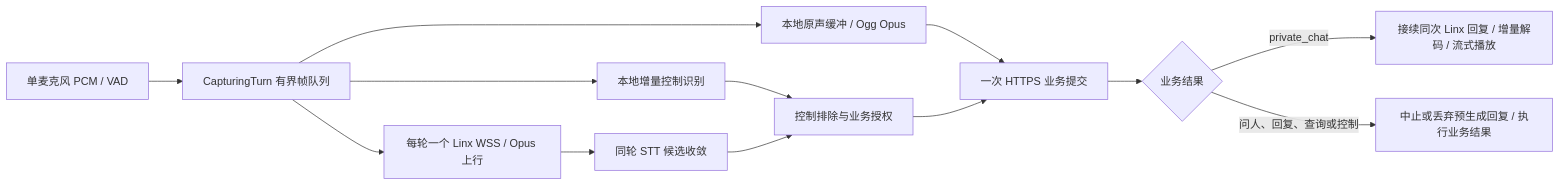
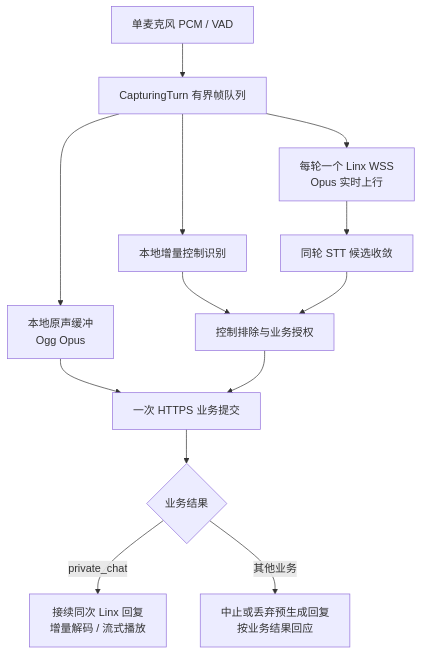
One commit to cnjoby/voxity changed the second of 2 diagrams in docs/design/module-specs.md. Above: the diagram before and after it, drawn with Mermaid.

Commit message:
docs: improve voice flow diagram readability

````diff
--- a/docs/design/module-specs.md
+++ b/docs/design/module-specs.md
@@ -29,15 +29,15 @@
 ```mermaid
-flowchart LR
+flowchart TB
     M[单麦克风 PCM / VAD] --> C[CapturingTurn 有界帧队列]
     C --> V[本地增量控制识别]
-    C --> L[每轮一个 Linx WSS / Opus 上行]
-    C --> O[本地原声缓冲 / Ogg Opus]
+    C --> L[每轮一个 Linx WSS<br/>Opus 实时上行]
+    C --> O[本地原声缓冲<br/>Ogg Opus]
     L --> T[同轮 STT 候选收敛]
     V --> G[控制排除与业务授权]
     T --> G
     O --> H[一次 HTTPS 业务提交]
     G --> H
     H --> R{业务结果}
-    R -->|private_chat| P[接续同次 Linx 回复 / 增量解码 / 流式播放]
-    R -->|问人、回复、查询或控制| B[中止或丢弃预生成回复 / 执行业务结果]
+    R -->|private_chat| P[接续同次 Linx 回复<br/>增量解码 / 流式播放]
+    R -->|其他业务| B[中止或丢弃预生成回复<br/>按业务结果回应]
 ```
````
